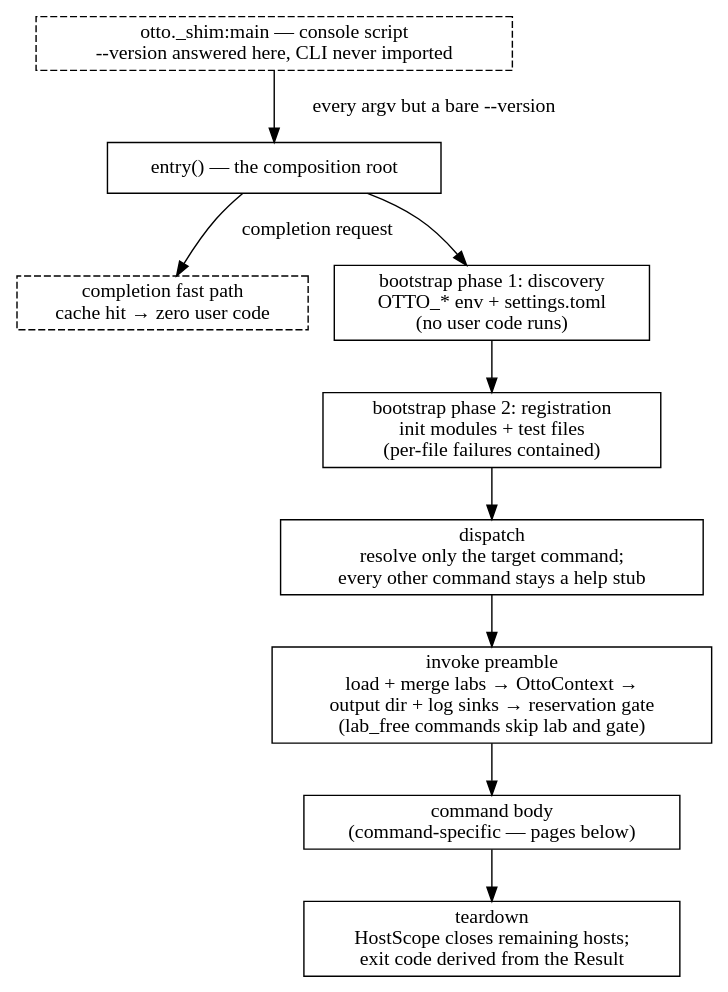
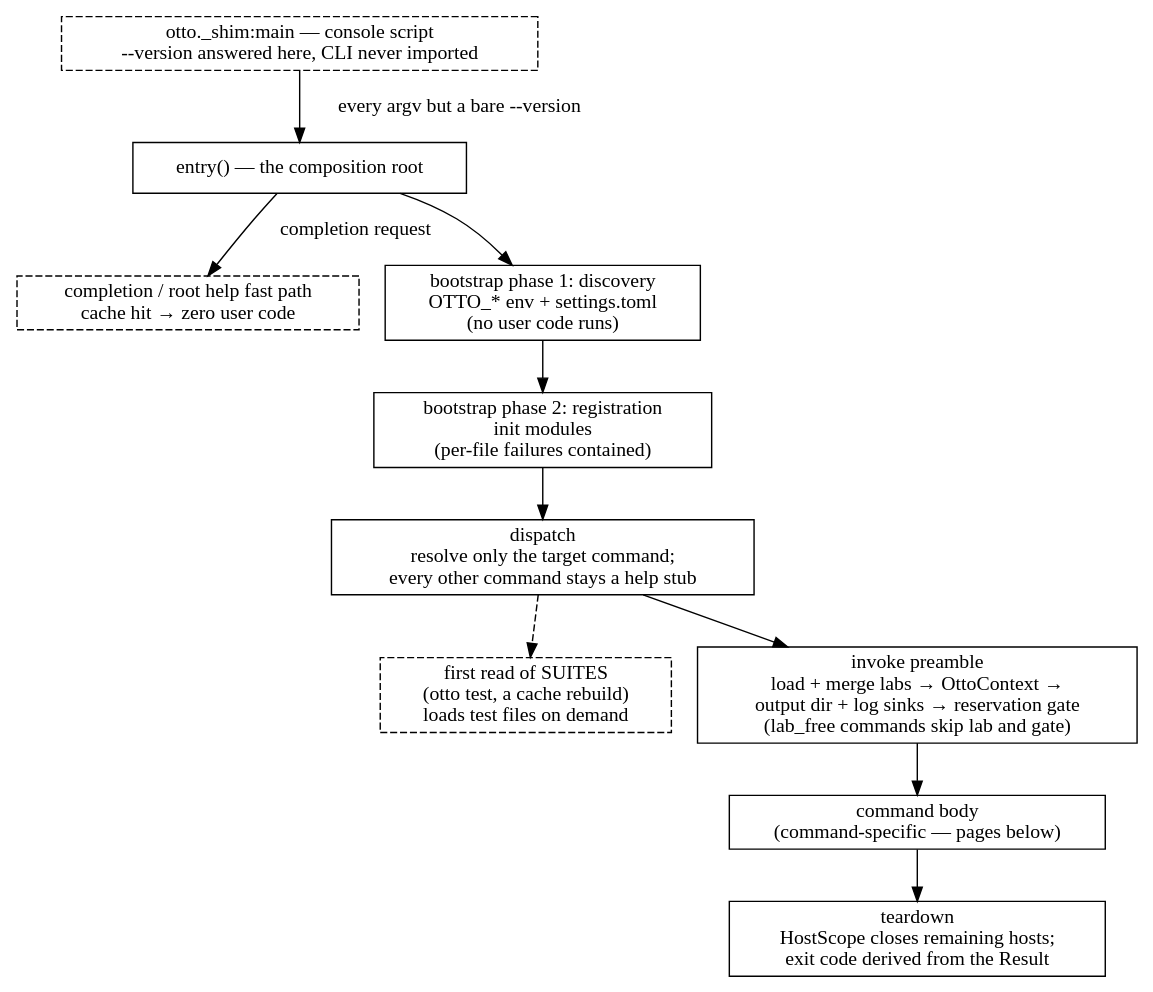
One commit to ludachrish3/otto-sh changed the diagram in docs/architecture/lifecycle.md. Above: the diagram before and after it, drawn with Graphviz. The commit also changed other lines of this file and 172 other files, not shown here.

````diff
--- a/docs/architecture/lifecycle.md
+++ b/docs/architecture/lifecycle.md
@@ -18,25 +18,27 @@
 ```{graphviz}
 digraph lifecycle {
     rankdir=TB;
     node [shape=box];
 
     shim [label="otto._shim:main — console script\n--version answered here, CLI never imported", style=dashed];
     entry [label="entry() — the composition root"];
-    completion [label="completion fast path\ncache hit → zero user code", style=dashed];
+    completion [label="completion / root help fast path\ncache hit → zero user code", style=dashed];
     discovery [label="bootstrap phase 1: discovery\nOTTO_* env + settings.toml\n(no user code runs)"];
-    registration [label="bootstrap phase 2: registration\ninit modules + test files\n(per-file failures contained)"];
+    registration [label="bootstrap phase 2: registration\ninit modules\n(per-file failures contained)"];
+    suites [label="first read of SUITES\n(otto test, a cache rebuild)\nloads test files on demand", style=dashed];
     dispatch [label="dispatch\nresolve only the target command;\nevery other command stays a help stub"];
     preamble [label="invoke preamble\nload + merge labs → OttoContext →\noutput dir + log sinks → reservation gate\n(lab_free commands skip lab and gate)"];
     body [label="command body\n(command-specific — pages below)"];
     teardown [label="teardown\nHostScope closes remaining hosts;\nexit code derived from the Result"];
 
     shim -> entry [label=" every argv but a bare --version"];
     entry -> completion [label=" completion request"];
     entry -> discovery;
     discovery -> registration;
     registration -> dispatch;
     dispatch -> preamble;
+    dispatch -> suites [style=dashed];
     preamble -> body;
     body -> teardown;
 }
 ```
````
